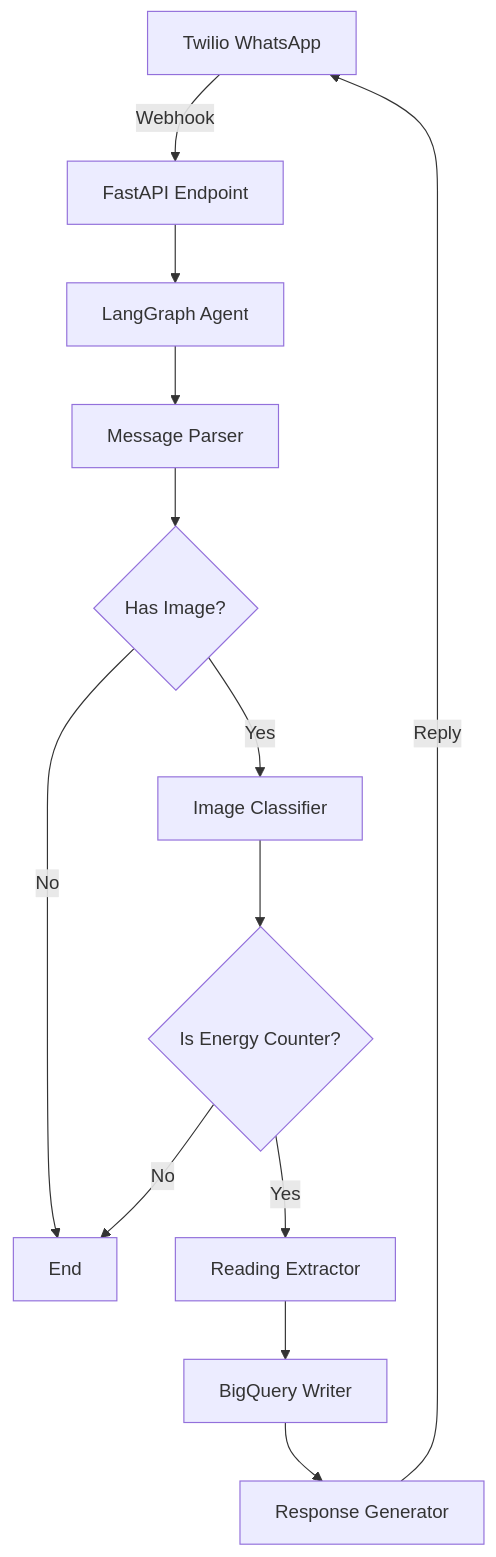
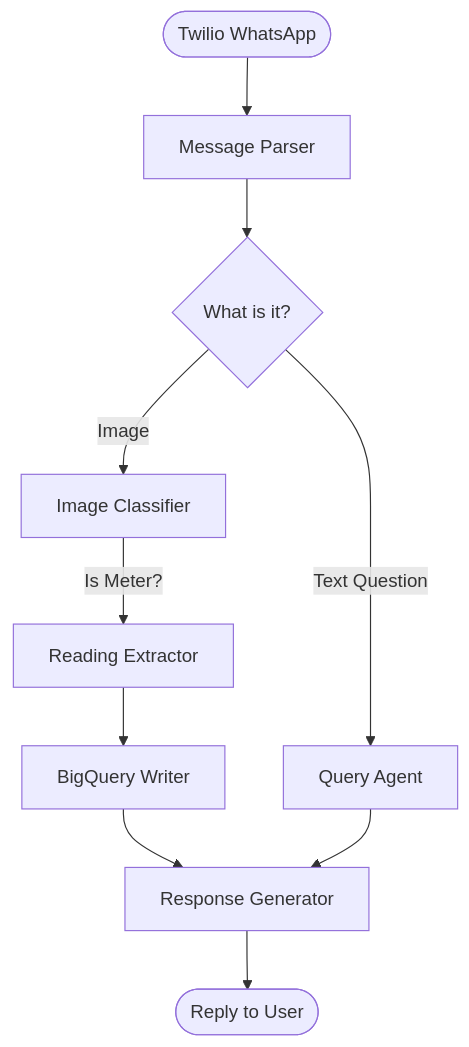
One commit to juanfe88/energy_buddy changed the first of 2 diagrams in README.md. Above: the diagram before and after it, drawn with Mermaid. The commit also changed other lines of this file and 23 other files, not shown here.

Commit message:
feat: Implement checkpointing memory for agent based of contact number, fix ploting tool output by exposing plot in endpoint, update documentation with workflow diagrams. move files out of unnecesary folder

````diff
--- a/README.md
+++ b/README.md
@@ -7,15 +42,17 @@
 ```mermaid
 graph TD
-    A[Twilio WhatsApp] -->|Webhook| B[FastAPI Endpoint]
-    B --> C[LangGraph Agent]
-    C --> D[Message Parser]
-    D --> E{Has Image?}
-    E -->|Yes| F[Image Classifier]
-    E -->|No| G[End]
-    F --> H{Is Energy Counter?}
-    H -->|Yes| I[Reading Extractor]
-    H -->|No| G
-    I --> J[BigQuery Writer]
-    J --> K[Response Generator]
-    K -->|Reply| A
+    Start([Twilio WhatsApp]) --> Parser[Message Parser]
+    Parser --> Router{What is it?}
+    
+    %% Flow 1: The "Robot" (Deterministic)
+    Router -->|Image| Classifier[Image Classifier]
+    Classifier -->|Is Meter?| Extractor[Reading Extractor]
+    Extractor --> Writer[BigQuery Writer]
+    Writer --> Responder[Response Generator]
+    
+    %% Flow 2: The "Brain" (Agentic)
+    Router -->|Text Question| Agent[Query Agent]
+    Agent --> Responder
+    
+    Responder --> End([Reply to User])
 ```
````
